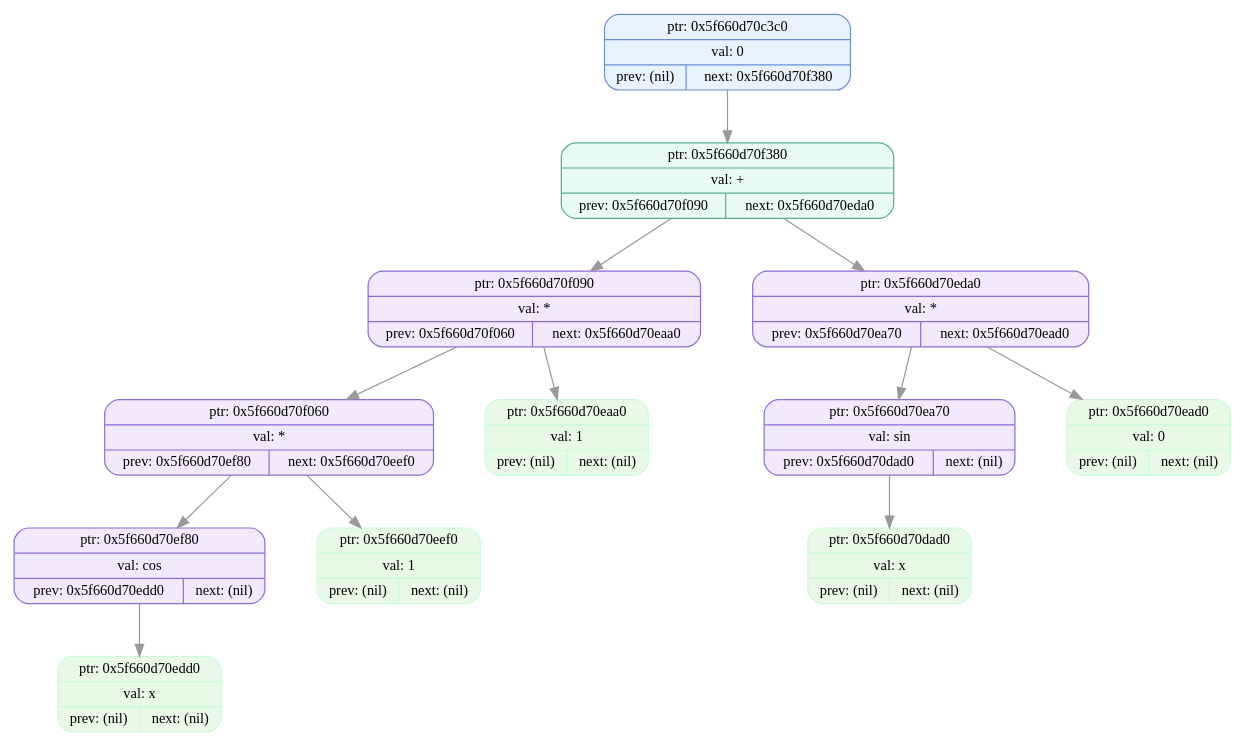
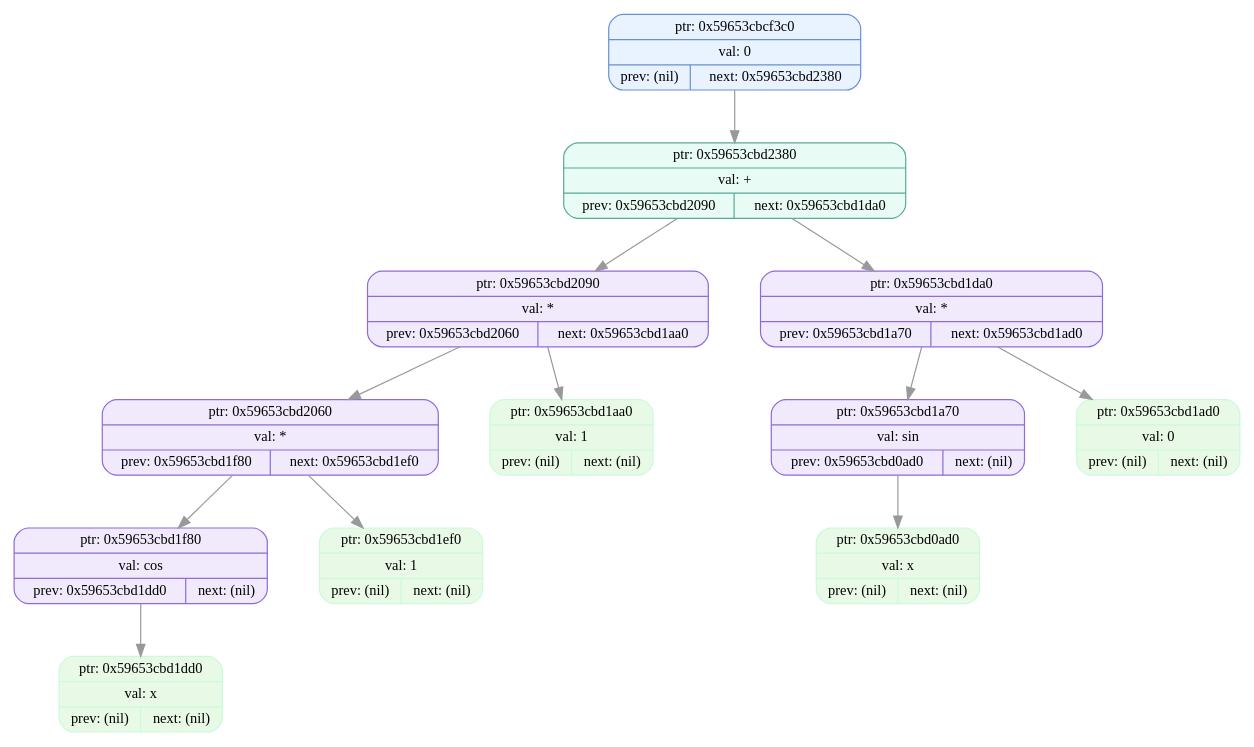
The diagram in dumps/tree_dump_012.dot (EvilTomato9890/Difference), drawn with Graphviz before and after one commit. The commit also changed 39 other files, not shown here.

```diff
--- a/dumps/tree_dump_012.dot
+++ b/dumps/tree_dump_012.dot
@@ -1,27 +1,27 @@
 digraph T{
   node [fontname="Fira Mono",shape=record,style="filled,rounded",fontsize=12];
   graph [splines=true, nodesep=0.6, ranksep=0.6];
-  node_0x5f660d70c3c0[shape=record,label="{ {ptr: 0x5f660d70c3c0} | {val: 0} | { prev: (nil) | next: 0x5f660d70f380 } }",color="#6b8fd6",fillcolor="#e9f2ff"];
-  node_0x5f660d70f380[shape=record,label="{ {ptr: 0x5f660d70f380} | {val: +} | { prev: 0x5f660d70f090 | next: 0x5f660d70eda0 } }",color="#5aa99b",fillcolor="#e9fbf5"];
-  node_0x5f660d70f090[shape=record,label="{ {ptr: 0x5f660d70f090} | {val: *} | { prev: 0x5f660d70f060 | next: 0x5f660d70eaa0 } }",color="#8e6bd6",fillcolor="#f1eafd"];
-  node_0x5f660d70f060[shape=record,label="{ {ptr: 0x5f660d70f060} | {val: *} | { prev: 0x5f660d70ef80 | next: 0x5f660d70eef0 } }",color="#8e6bd6",fillcolor="#f1eafd"];
-  node_0x5f660d70ef80[shape=record,label="{ {ptr: 0x5f660d70ef80} | {val: cos} | { prev: 0x5f660d70edd0 | next: (nil) } }",color="#8e6bd6",fillcolor="#f1eafd"];
-  node_0x5f660d70edd0[shape=record,label="{ {ptr: 0x5f660d70edd0} | {val: x} | { prev: (nil) | next: (nil) } }",color="#c9fbdbff",fillcolor="#e8f9e5ff"];
-  node_0x5f660d70eef0[shape=record,label="{ {ptr: 0x5f660d70eef0} | {val: 1} | { prev: (nil) | next: (nil) } }",color="#c9fbdbff",fillcolor="#e8f9e5ff"];
-  node_0x5f660d70eaa0[shape=record,label="{ {ptr: 0x5f660d70eaa0} | {val: 1} | { prev: (nil) | next: (nil) } }",color="#c9fbdbff",fillcolor="#e8f9e5ff"];
-  node_0x5f660d70eda0[shape=record,label="{ {ptr: 0x5f660d70eda0} | {val: *} | { prev: 0x5f660d70ea70 | next: 0x5f660d70ead0 } }",color="#8e6bd6",fillcolor="#f1eafd"];
-  node_0x5f660d70ea70[shape=record,label="{ {ptr: 0x5f660d70ea70} | {val: sin} | { prev: 0x5f660d70dad0 | next: (nil) } }",color="#8e6bd6",fillcolor="#f1eafd"];
-  node_0x5f660d70dad0[shape=record,label="{ {ptr: 0x5f660d70dad0} | {val: x} | { prev: (nil) | next: (nil) } }",color="#c9fbdbff",fillcolor="#e8f9e5ff"];
-  node_0x5f660d70ead0[shape=record,label="{ {ptr: 0x5f660d70ead0} | {val: 0} | { prev: (nil) | next: (nil) } }",color="#c9fbdbff",fillcolor="#e8f9e5ff"];
-  node_0x5f660d70c3c0 -> node_0x5f660d70f380 [color="#999999"];
-  node_0x5f660d70f380 -> node_0x5f660d70f090 [color="#999999"];
-  node_0x5f660d70f380 -> node_0x5f660d70eda0 [color="#999999"];
-  node_0x5f660d70f090 -> node_0x5f660d70f060 [color="#999999"];
-  node_0x5f660d70f090 -> node_0x5f660d70eaa0 [color="#999999"];
-  node_0x5f660d70f060 -> node_0x5f660d70ef80 [color="#999999"];
-  node_0x5f660d70f060 -> node_0x5f660d70eef0 [color="#999999"];
-  node_0x5f660d70ef80 -> node_0x5f660d70edd0 [color="#999999"];
-  node_0x5f660d70eda0 -> node_0x5f660d70ea70 [color="#999999"];
-  node_0x5f660d70eda0 -> node_0x5f660d70ead0 [color="#999999"];
-  node_0x5f660d70ea70 -> node_0x5f660d70dad0 [color="#999999"];
+  node_0x59653cbcf3c0[shape=record,label="{ {ptr: 0x59653cbcf3c0} | {val: 0} | { prev: (nil) | next: 0x59653cbd2380 } }",color="#6b8fd6",fillcolor="#e9f2ff"];
+  node_0x59653cbd2380[shape=record,label="{ {ptr: 0x59653cbd2380} | {val: +} | { prev: 0x59653cbd2090 | next: 0x59653cbd1da0 } }",color="#5aa99b",fillcolor="#e9fbf5"];
+  node_0x59653cbd2090[shape=record,label="{ {ptr: 0x59653cbd2090} | {val: *} | { prev: 0x59653cbd2060 | next: 0x59653cbd1aa0 } }",color="#8e6bd6",fillcolor="#f1eafd"];
+  node_0x59653cbd2060[shape=record,label="{ {ptr: 0x59653cbd2060} | {val: *} | { prev: 0x59653cbd1f80 | next: 0x59653cbd1ef0 } }",color="#8e6bd6",fillcolor="#f1eafd"];
+  node_0x59653cbd1f80[shape=record,label="{ {ptr: 0x59653cbd1f80} | {val: cos} | { prev: 0x59653cbd1dd0 | next: (nil) } }",color="#8e6bd6",fillcolor="#f1eafd"];
+  node_0x59653cbd1dd0[shape=record,label="{ {ptr: 0x59653cbd1dd0} | {val: x} | { prev: (nil) | next: (nil) } }",color="#c9fbdbff",fillcolor="#e8f9e5ff"];
+  node_0x59653cbd1ef0[shape=record,label="{ {ptr: 0x59653cbd1ef0} | {val: 1} | { prev: (nil) | next: (nil) } }",color="#c9fbdbff",fillcolor="#e8f9e5ff"];
+  node_0x59653cbd1aa0[shape=record,label="{ {ptr: 0x59653cbd1aa0} | {val: 1} | { prev: (nil) | next: (nil) } }",color="#c9fbdbff",fillcolor="#e8f9e5ff"];
+  node_0x59653cbd1da0[shape=record,label="{ {ptr: 0x59653cbd1da0} | {val: *} | { prev: 0x59653cbd1a70 | next: 0x59653cbd1ad0 } }",color="#8e6bd6",fillcolor="#f1eafd"];
+  node_0x59653cbd1a70[shape=record,label="{ {ptr: 0x59653cbd1a70} | {val: sin} | { prev: 0x59653cbd0ad0 | next: (nil) } }",color="#8e6bd6",fillcolor="#f1eafd"];
+  node_0x59653cbd0ad0[shape=record,label="{ {ptr: 0x59653cbd0ad0} | {val: x} | { prev: (nil) | next: (nil) } }",color="#c9fbdbff",fillcolor="#e8f9e5ff"];
+  node_0x59653cbd1ad0[shape=record,label="{ {ptr: 0x59653cbd1ad0} | {val: 0} | { prev: (nil) | next: (nil) } }",color="#c9fbdbff",fillcolor="#e8f9e5ff"];
+  node_0x59653cbcf3c0 -> node_0x59653cbd2380 [color="#999999"];
+  node_0x59653cbd2380 -> node_0x59653cbd2090 [color="#999999"];
+  node_0x59653cbd2380 -> node_0x59653cbd1da0 [color="#999999"];
+  node_0x59653cbd2090 -> node_0x59653cbd2060 [color="#999999"];
+  node_0x59653cbd2090 -> node_0x59653cbd1aa0 [color="#999999"];
+  node_0x59653cbd2060 -> node_0x59653cbd1f80 [color="#999999"];
+  node_0x59653cbd2060 -> node_0x59653cbd1ef0 [color="#999999"];
+  node_0x59653cbd1f80 -> node_0x59653cbd1dd0 [color="#999999"];
+  node_0x59653cbd1da0 -> node_0x59653cbd1a70 [color="#999999"];
+  node_0x59653cbd1da0 -> node_0x59653cbd1ad0 [color="#999999"];
+  node_0x59653cbd1a70 -> node_0x59653cbd0ad0 [color="#999999"];
 }
```
